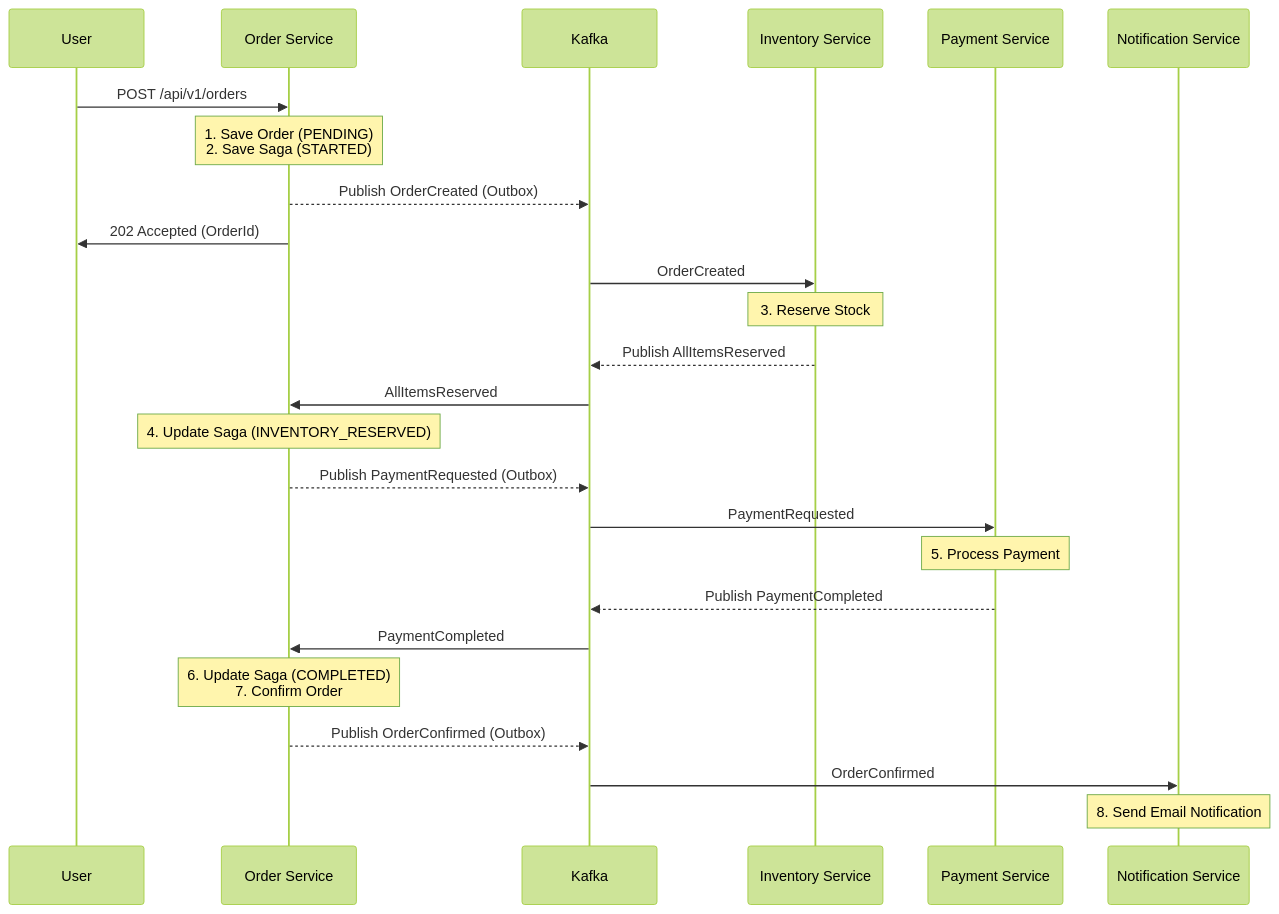
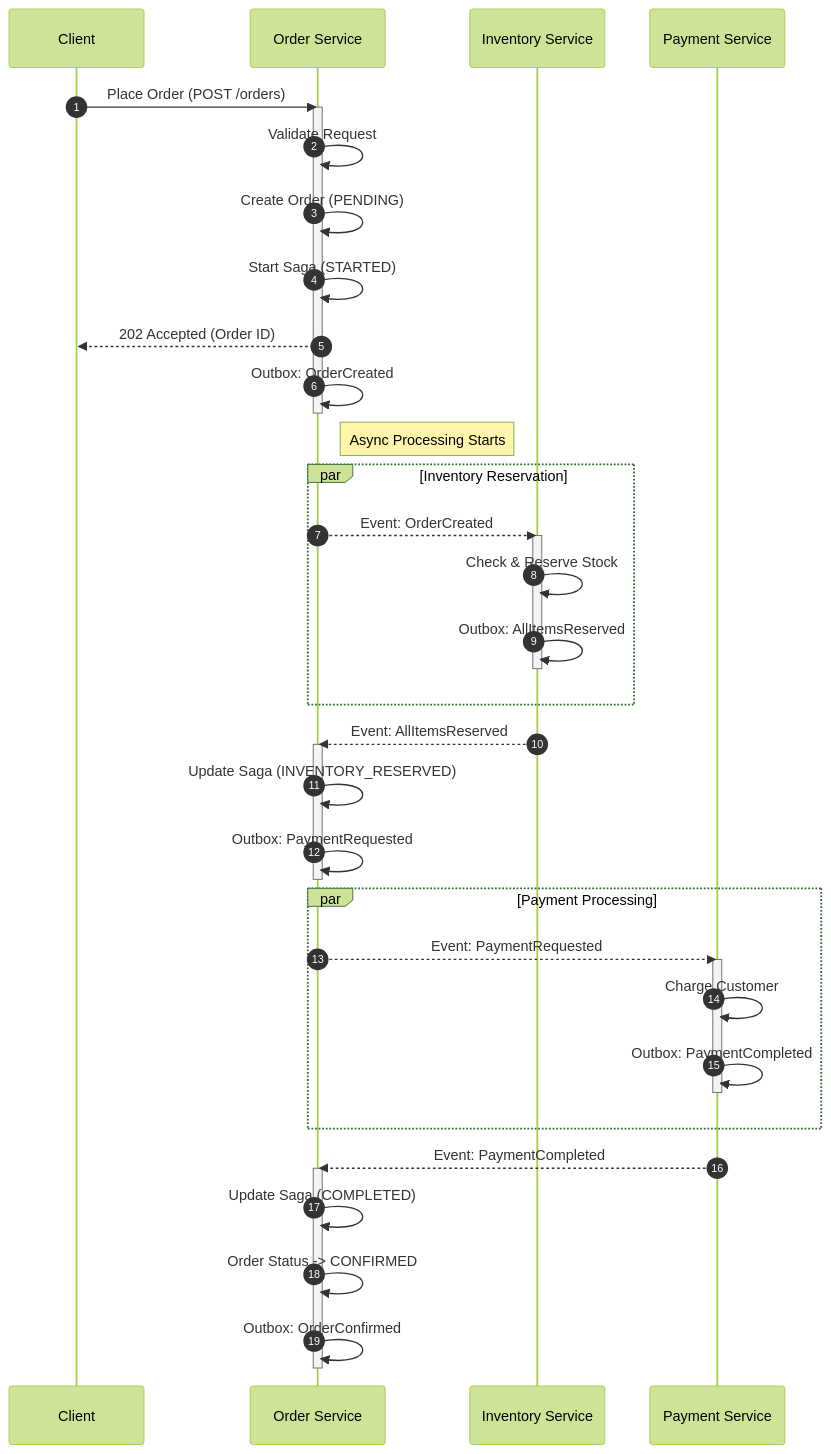
One commit to codevuichamcom/ecommerce-backend changed the second of 4 diagrams in docs/architecture/order-saga-flow.md. Above: the diagram before and after it, drawn with Mermaid (forest theme). The commit also changed other lines of this file and 3 other files, not shown here.

Commit message:
docs: Refactor system overview diagram from C4Container to Mermaid flowchart syntax with detailed service interactions.

````diff
--- a/docs/architecture/order-saga-flow.md
+++ b/docs/architecture/order-saga-flow.md
@@ -9,33 +32,48 @@
 ```mermaid
 sequenceDiagram
-    participant U as User
+    autonumber
+    participant Client
     participant OS as Order Service
-    participant K as Kafka
     participant IS as Inventory Service
-    participant PayS as Payment Service
-    participant NS as Notification Service
-
-    U->>OS: POST /api/v1/orders
-    Note over OS: 1. Save Order (PENDING)<br/>2. Save Saga (STARTED)
-    OS-->>K: Publish OrderCreated (Outbox)
-    OS->>U: 202 Accepted (OrderId)
+    participant PS as Payment Service
     
-    K->>IS: OrderCreated
-    Note over IS: 3. Reserve Stock
-    IS-->>K: Publish AllItemsReserved
+    Client->>OS: Place Order (POST /orders)
+    activate OS
+    OS->>OS: Validate Request
+    OS->>OS: Create Order (PENDING)
+    OS->>OS: Start Saga (STARTED)
+    OS-->>Client: 202 Accepted (Order ID)
+    OS->>OS: Outbox: OrderCreated
+    deactivate OS
     
-    K->>OS: AllItemsReserved
-    Note over OS: 4. Update Saga (INVENTORY_RESERVED)
-    OS-->>K: Publish PaymentRequested (Outbox)
+    Note right of OS: Async Processing Starts
     
-    K->>PayS: PaymentRequested
-    Note over PayS: 5. Process Payment
-    PayS-->>K: Publish PaymentCompleted
+    par Inventory Reservation
+        OS-->>IS: Event: OrderCreated
+        activate IS
+        IS->>IS: Check & Reserve Stock
+        IS->>IS: Outbox: AllItemsReserved
+        deactivate IS
+    end
     
-    K->>OS: PaymentCompleted
-    Note over OS: 6. Update Saga (COMPLETED)<br/>7. Confirm Order
-    OS-->>K: Publish OrderConfirmed (Outbox)
+    IS-->>OS: Event: AllItemsReserved
+    activate OS
+    OS->>OS: Update Saga (INVENTORY_RESERVED)
+    OS->>OS: Outbox: PaymentRequested
+    deactivate OS
     
-    K->>NS: OrderConfirmed
-    Note over NS: 8. Send Email Notification
+    par Payment Processing
+        OS-->>PS: Event: PaymentRequested
+        activate PS
+        PS->>PS: Charge Customer
+        PS->>PS: Outbox: PaymentCompleted
+        deactivate PS
+    end
+    
+    PS-->>OS: Event: PaymentCompleted
+    activate OS
+    OS->>OS: Update Saga (COMPLETED)
+    OS->>OS: Order Status -> CONFIRMED
+    OS->>OS: Outbox: OrderConfirmed
+    deactivate OS
 ```
````
